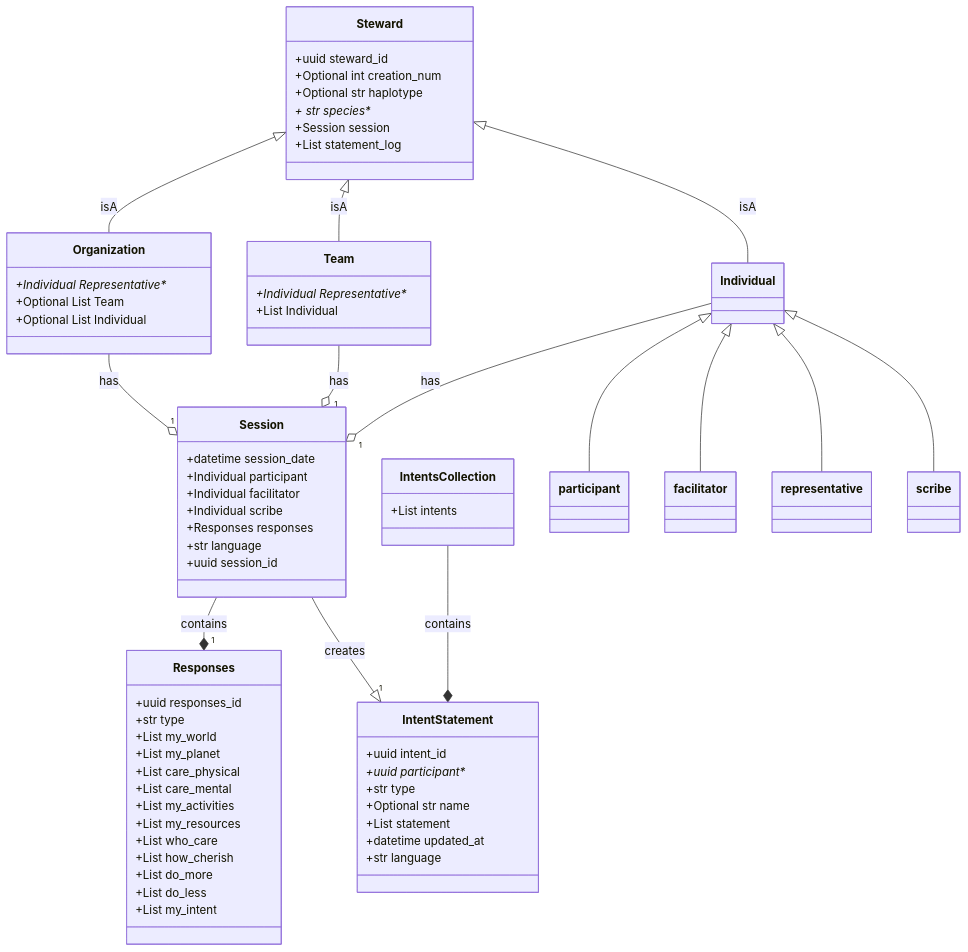
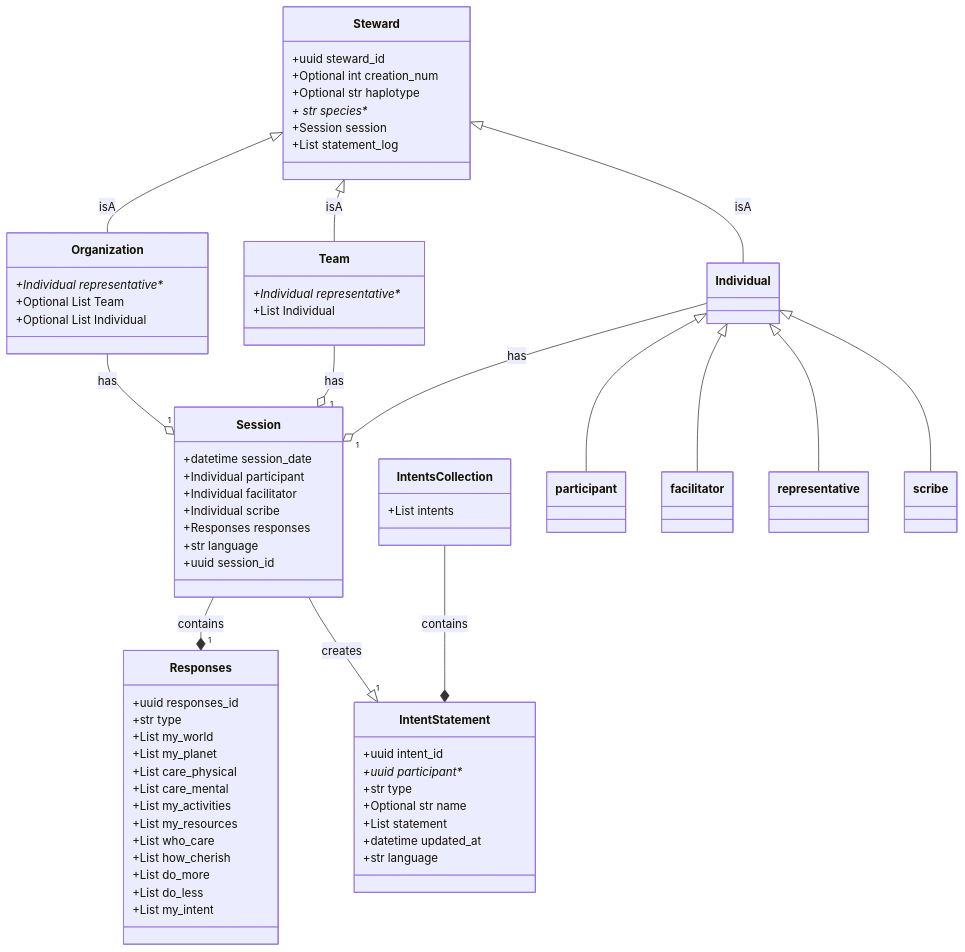
One commit to drew-wks/intent-for-the-planet changed the diagram in docs/data_models_diagram.md. Above: the diagram before and after it, drawn with Mermaid.

````diff
--- a/docs/data_models_diagram.md
+++ b/docs/data_models_diagram.md
@@ -5,72 +5,72 @@
 ```mermaid
 classDiagram
     class Steward {
         +uuid steward_id
         +Optional int creation_num
         +Optional str haplotype
         + str species**
         +Session session
         +List statement_log
     }
     class Individual {
     }
     class Team {
-        +Individual Representative**
+        +Individual representative**
         +List Individual
     }
     class Organization {
-        +Individual Representative**
+        +Individual representative**
         +Optional List Team
         +Optional List Individual
     }
     class Session {
         +datetime session_date
         +Individual participant
         +Individual facilitator
         +Individual scribe
         +Responses responses
         +str language
         +uuid session_id
     }
     class Responses {
         +uuid responses_id
         +str type
         +List my_world
         +List my_planet
         +List care_physical
         +List care_mental
         +List my_activities
         +List my_resources
         +List who_care
         +List how_cherish
         +List do_more
         +List do_less
         +List my_intent
     }
     class IntentStatement {
         +uuid intent_id
         +uuid participant**
         +str type
         +Optional str name
         +List statement
         +datetime updated_at
         +str language
     }
     class IntentsCollection {
         +List intents
     }
     IntentsCollection --* IntentStatement : contains
     Session --* "1" Responses : contains
     Steward <|-- Individual : isA
     Steward <|-- Team : isA
     Steward <|-- Organization : isA
     Session--|> "1" IntentStatement : creates
     Individual --o "1" Session : has
     Individual <|-- participant
     Individual <|-- facilitator
     Individual <|-- representative
     Individual <|-- scribe
     Team --o "1" Session : has
     Organization --o "1" Session : has
 
 ```
````
